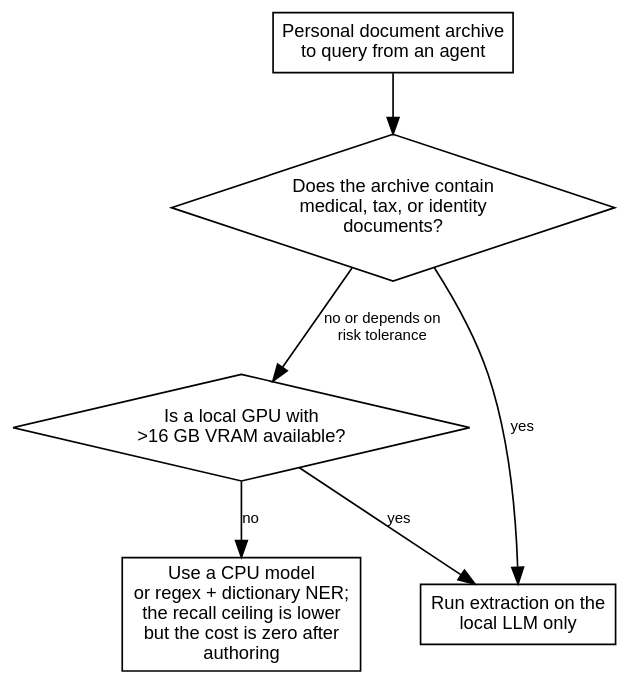
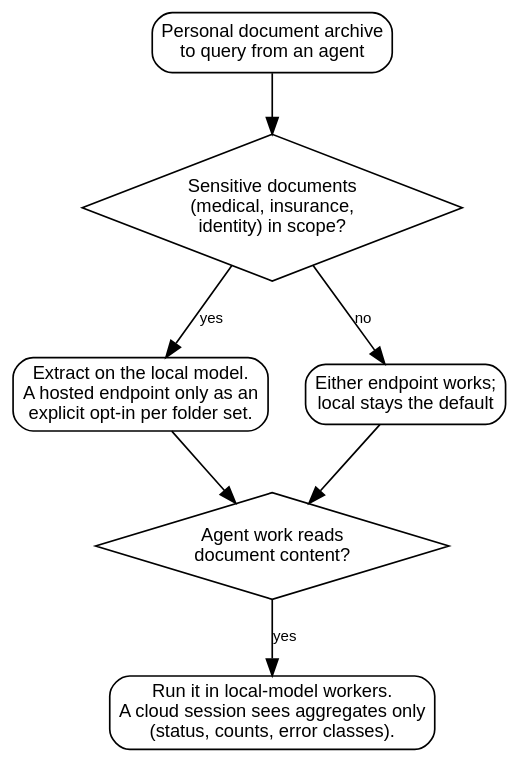
The second of 2 diagrams in src/content/docs/reference/personal-knowledge-graph-local-llm.mdx (erfianugrah/lexicanum), drawn with Graphviz before and after one commit. The commit also changed other lines of this file and 4 other files, not shown here.

First line of the commit message:
docs: redraw five diagrams on the agent/LLM pages after a live check

````diff
--- a/src/content/docs/reference/personal-knowledge-graph-local-llm.mdx
+++ b/src/content/docs/reference/personal-knowledge-graph-local-llm.mdx
@@ -431,21 +431,22 @@
 ```dot
 digraph {
   rankdir=TB; bgcolor="transparent"; nodesep=0.3; ranksep=0.5;
   fontname="Helvetica,Arial,sans-serif";
   node [fontname="Helvetica,Arial,sans-serif", fontsize=11, shape=diamond, margin="0.1,0.05"];
   edge [fontname="Helvetica,Arial,sans-serif", fontsize=9];
 
-  start [label="Personal document archive\nto query from an agent", shape=box, style=round];
-  q_priv [label="Does the archive contain\nmedical, tax, or identity\ndocuments?"];
-  q_gpu [label="Is a local GPU with\n>16 GB VRAM available?"];
-
-  r_local [label="Run extraction on the\nlocal LLM only", shape=box, style=round];
-  r_nogpu [label="Use a CPU model\nor regex + dictionary NER;\nthe recall ceiling is lower\nbut the cost is zero after\nauthoring", shape=box, style=round];
+  start [label="Personal document archive\nto query from an agent", shape=box, style=rounded];
+  q_priv [label="Sensitive documents\n(medical, insurance,\nidentity) in scope?"];
+  q_agent [label="Agent work reads\ndocument content?"];
+  r_local [label="Extract on the local model.\nA hosted endpoint only as an\nexplicit opt-in per folder set.", shape=box, style=rounded];
+  r_any [label="Either endpoint works;\nlocal stays the default", shape=box, style=rounded];
+  r_worker [label="Run it in local-model workers.\nA cloud session sees aggregates only\n(status, counts, error classes).", shape=box, style=rounded];
 
   start -> q_priv;
   q_priv -> r_local [label="yes"];
-  q_priv -> q_gpu [label="no or depends on\nrisk tolerance"];
-  q_gpu -> r_local [label="yes"];
-  q_gpu -> r_nogpu [label="no"];
+  q_priv -> r_any [label="no"];
+  r_local -> q_agent;
+  r_any -> q_agent;
+  q_agent -> r_worker [label="yes"];
 }
 ```
````
